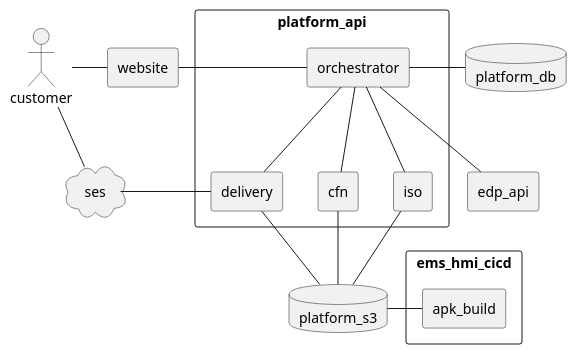
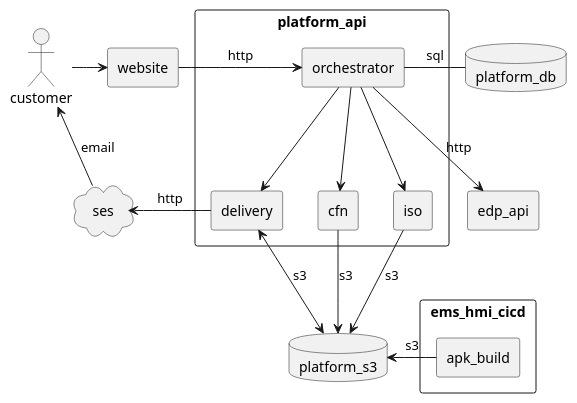
The first of 2 diagrams in readme.md (arcnode-io/platform-api), drawn with PlantUML before and after one commit. The commit also changed other lines of this file and 5 other files, not shown here.

````diff
--- a/readme.md
+++ b/readme.md
@@ -14,33 +15,33 @@
 ```plantuml
 actor customer
 rectangle platform_api {
   rectangle orchestrator
   rectangle cfn
   rectangle iso
   rectangle delivery
 }
 rectangle website
 rectangle edp_api
 
 rectangle ems_hmi_cicd {
   rectangle apk_build
 }
 
 database platform_s3
 database platform_db
 cloud ses
 
-customer -r- website
-website -r- orchestrator
-orchestrator -r- platform_db
-orchestrator -- edp_api
-orchestrator -- cfn
-orchestrator -- iso
-orchestrator -- delivery
-cfn -- platform_s3
-iso -- platform_s3
-apk_build -r- platform_s3
-delivery -u- platform_s3
-delivery -l- ses
-ses -u- customer
+customer -r-> website
+website -r--> orchestrator: http
+orchestrator -r- platform_db: sql
+orchestrator --> edp_api: http
+orchestrator --> cfn 
+orchestrator --> iso
+orchestrator --> delivery
+cfn --> platform_s3: s3
+iso --> platform_s3: s3
+apk_build -r-> platform_s3: s3
+delivery <-u-> platform_s3: s3
+delivery -l-> ses: http
+ses -u-> customer: email
 ```
````
